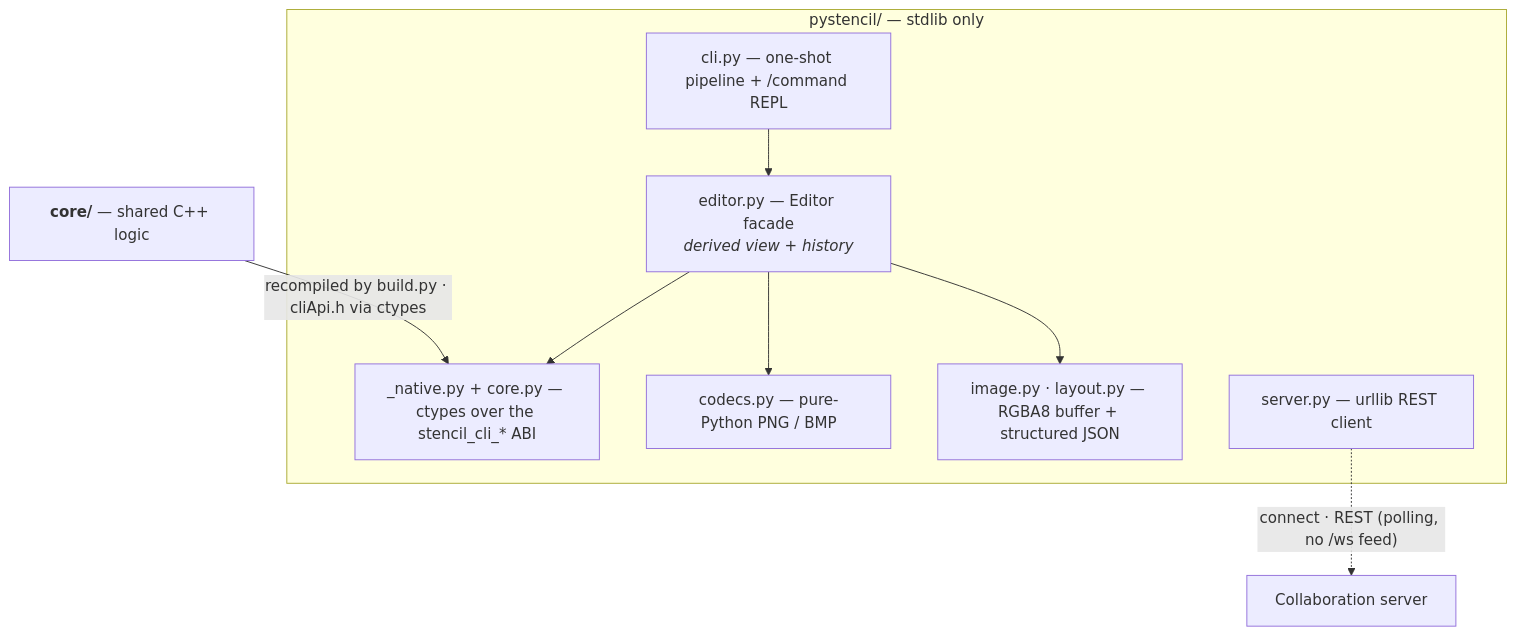
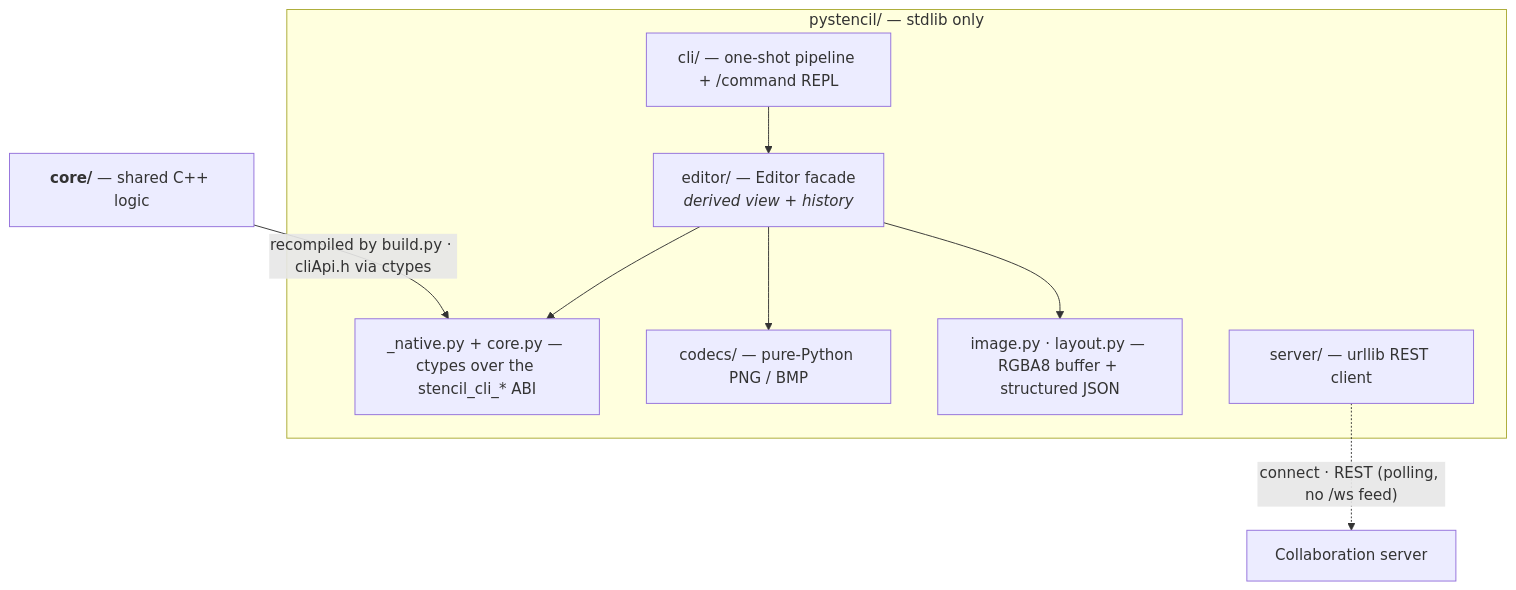
The diagram in pystencil/README.md (andrew1407/stencil), drawn with Mermaid before and after one commit. The commit also changed other lines of this file and 3128 other files, not shown here.

````diff
--- a/pystencil/README.md
+++ b/pystencil/README.md
@@ -23,20 +23,20 @@
 ```mermaid
 graph TD
     CORE["<b>core/</b> — shared C++ logic"]
     subgraph PY["pystencil/ — stdlib only"]
       NATIVE["_native.py + core.py — ctypes over the stencil_cli_* ABI"]
-      CODECS["codecs.py — pure-Python PNG / BMP"]
+      CODECS["codecs/ — pure-Python PNG / BMP"]
       IMG["image.py · layout.py — RGBA8 buffer + structured JSON"]
-      ED["editor.py — Editor facade<br/><i>derived view + history</i>"]
-      SRVC["server.py — urllib REST client"]
-      CLIM["cli.py — one-shot pipeline + /command REPL"]
+      ED["editor/ — Editor facade<br/><i>derived view + history</i>"]
+      SRVC["server/ — urllib REST client"]
+      CLIM["cli/ — one-shot pipeline + /command REPL"]
     end
     SRV["Collaboration server"]
 
     CORE -->|"recompiled by build.py · cliApi.h via ctypes"| NATIVE
     ED --> NATIVE
     ED --> IMG
     ED --> CODECS
     CLIM --> ED
     SRVC -.->|"connect · REST (polling, no /ws feed)"| SRV
 ```
````
